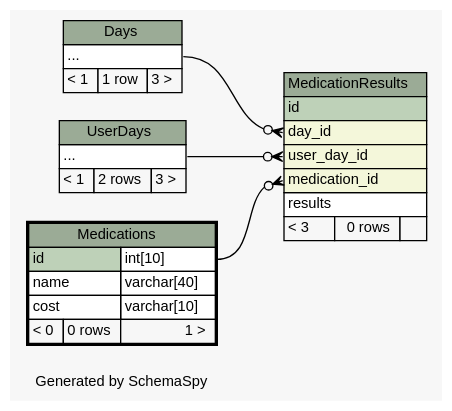
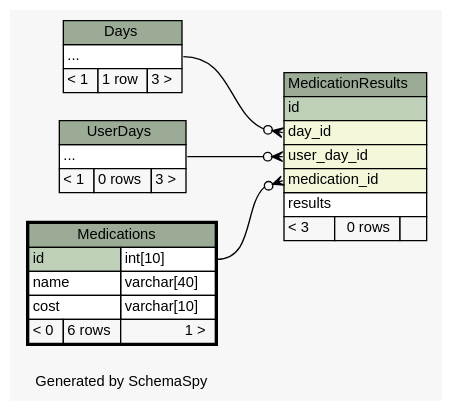
The diagram in web/files/schema/diagrams/Medications.2degrees.dot (carrel2/CaseStudies), drawn with Graphviz before and after one commit. The commit also changed 228 other files, not shown here.

```diff
--- a/web/files/schema/diagrams/Medications.2degrees.dot
+++ b/web/files/schema/diagrams/Medications.2degrees.dot
@@ -1,71 +1,71 @@
-// dot 2.38.0 on Linux 4.4.0-67-generic
+// dot 2.38.0 on Linux 4.4.0-72-generic
 // SchemaSpy rev 590
 digraph "twoDegreesRelationshipsDiagram" {
   graph [
     rankdir="RL"
     bgcolor="#f7f7f7"
     label="\nGenerated by SchemaSpy"
     labeljust="l"
     nodesep="0.18"
     ranksep="0.46"
     fontname="Helvetica"
     fontsize="11"
   ];
   node [
     fontname="Helvetica"
     fontsize="11"
     shape="plaintext"
   ];
   edge [
     arrowsize="0.8"
   ];
   "MedicationResults":"day_id":w -> "Days":"elipses":e [arrowhead=none dir=back arrowtail=crowodot];
   "MedicationResults":"medication_id":w -> "Medications":"id.type":e [arrowhead=none dir=back arrowtail=crowodot];
   "MedicationResults":"user_day_id":w -> "UserDays":"elipses":e [arrowhead=none dir=back arrowtail=crowodot];
   "Days" [
     label=<
     <TABLE BORDER="0" CELLBORDER="1" CELLSPACING="0" BGCOLOR="#ffffff">
       <TR><TD COLSPAN="3" BGCOLOR="#9bab96" ALIGN="CENTER">Days</TD></TR>
       <TR><TD PORT="elipses" COLSPAN="3" ALIGN="LEFT">...</TD></TR>
       <TR><TD ALIGN="LEFT" BGCOLOR="#f7f7f7">&lt; 1</TD><TD ALIGN="RIGHT" BGCOLOR="#f7f7f7">1 row</TD><TD ALIGN="RIGHT" BGCOLOR="#f7f7f7">3 &gt;</TD></TR>
     </TABLE>>
     URL="Days.html"
     tooltip="Days"
   ];
   "MedicationResults" [
     label=<
     <TABLE BORDER="0" CELLBORDER="1" CELLSPACING="0" BGCOLOR="#ffffff">
       <TR><TD COLSPAN="3" BGCOLOR="#9bab96" ALIGN="CENTER">MedicationResults</TD></TR>
       <TR><TD PORT="id" COLSPAN="3" BGCOLOR="#bed1b8" ALIGN="LEFT">id</TD></TR>
       <TR><TD PORT="day_id" COLSPAN="3" BGCOLOR="#f4f7da" ALIGN="LEFT">day_id</TD></TR>
       <TR><TD PORT="user_day_id" COLSPAN="3" BGCOLOR="#f4f7da" ALIGN="LEFT">user_day_id</TD></TR>
       <TR><TD PORT="medication_id" COLSPAN="3" BGCOLOR="#f4f7da" ALIGN="LEFT">medication_id</TD></TR>
       <TR><TD PORT="results" COLSPAN="3" ALIGN="LEFT">results</TD></TR>
       <TR><TD ALIGN="LEFT" BGCOLOR="#f7f7f7">&lt; 3</TD><TD ALIGN="RIGHT" BGCOLOR="#f7f7f7">0 rows</TD><TD ALIGN="RIGHT" BGCOLOR="#f7f7f7">  </TD></TR>
     </TABLE>>
     URL="MedicationResults.html"
     tooltip="MedicationResults"
   ];
   "Medications" [
     label=<
     <TABLE BORDER="2" CELLBORDER="1" CELLSPACING="0" BGCOLOR="#ffffff">
       <TR><TD COLSPAN="3" BGCOLOR="#9bab96" ALIGN="CENTER">Medications</TD></TR>
       <TR><TD PORT="id" COLSPAN="2" BGCOLOR="#bed1b8" ALIGN="LEFT">id</TD><TD PORT="id.type" ALIGN="LEFT">int[10]</TD></TR>
       <TR><TD PORT="name" COLSPAN="2" ALIGN="LEFT">name</TD><TD PORT="name.type" ALIGN="LEFT">varchar[40]</TD></TR>
       <TR><TD PORT="cost" COLSPAN="2" ALIGN="LEFT">cost</TD><TD PORT="cost.type" ALIGN="LEFT">varchar[10]</TD></TR>
-      <TR><TD ALIGN="LEFT" BGCOLOR="#f7f7f7">&lt; 0</TD><TD ALIGN="RIGHT" BGCOLOR="#f7f7f7">0 rows</TD><TD ALIGN="RIGHT" BGCOLOR="#f7f7f7">1 &gt;</TD></TR>
+      <TR><TD ALIGN="LEFT" BGCOLOR="#f7f7f7">&lt; 0</TD><TD ALIGN="RIGHT" BGCOLOR="#f7f7f7">6 rows</TD><TD ALIGN="RIGHT" BGCOLOR="#f7f7f7">1 &gt;</TD></TR>
     </TABLE>>
     URL="Medications.html"
     tooltip="Medications"
   ];
   "UserDays" [
     label=<
     <TABLE BORDER="0" CELLBORDER="1" CELLSPACING="0" BGCOLOR="#ffffff">
       <TR><TD COLSPAN="3" BGCOLOR="#9bab96" ALIGN="CENTER">UserDays</TD></TR>
       <TR><TD PORT="elipses" COLSPAN="3" ALIGN="LEFT">...</TD></TR>
-      <TR><TD ALIGN="LEFT" BGCOLOR="#f7f7f7">&lt; 1</TD><TD ALIGN="RIGHT" BGCOLOR="#f7f7f7">2 rows</TD><TD ALIGN="RIGHT" BGCOLOR="#f7f7f7">3 &gt;</TD></TR>
+      <TR><TD ALIGN="LEFT" BGCOLOR="#f7f7f7">&lt; 1</TD><TD ALIGN="RIGHT" BGCOLOR="#f7f7f7">0 rows</TD><TD ALIGN="RIGHT" BGCOLOR="#f7f7f7">3 &gt;</TD></TR>
     </TABLE>>
     URL="UserDays.html"
     tooltip="UserDays"
   ];
 }
```
